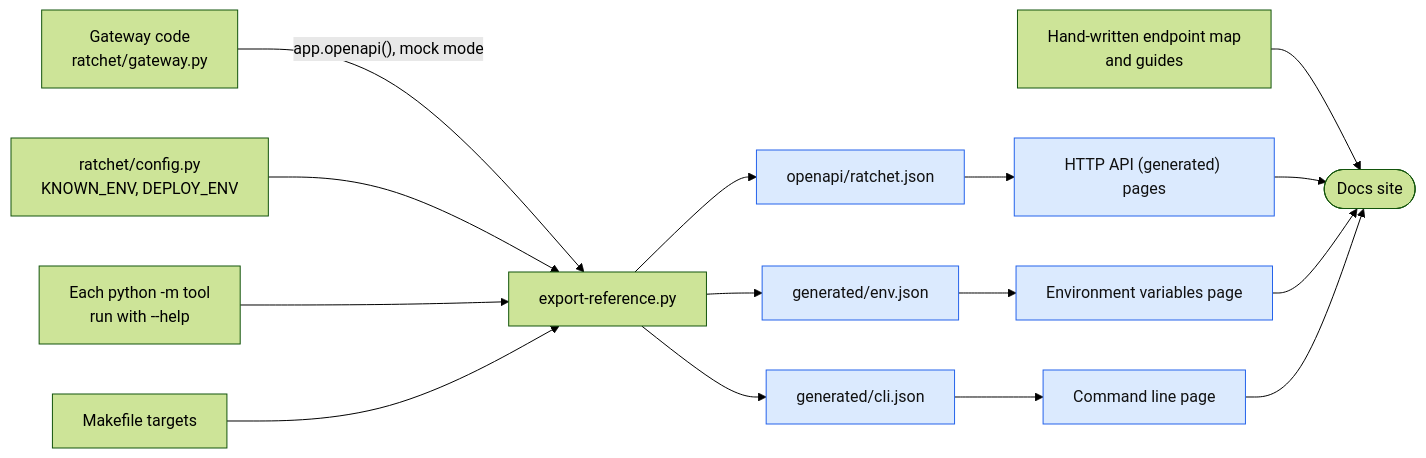
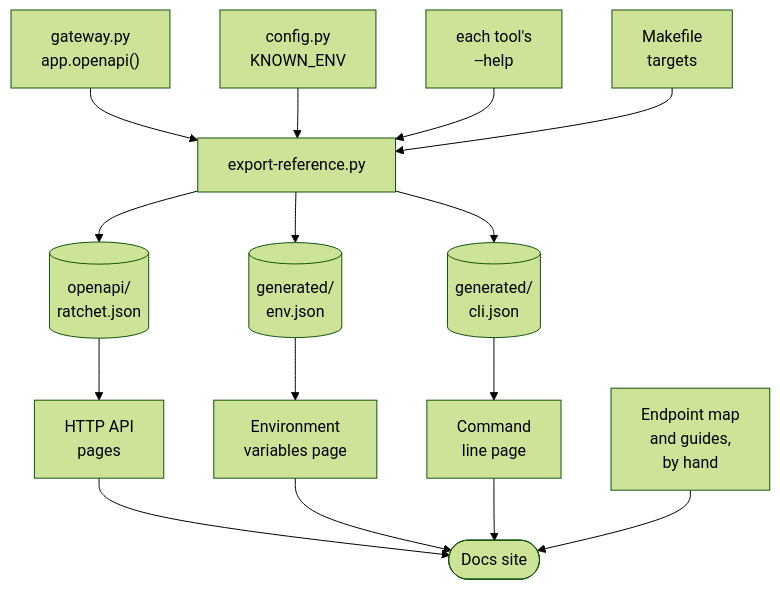
Before and after one commit to harshbhx/ratchet: the fourth of 4 diagrams in docs-site/src/content/docs/api/endpoints.mdx, drawn with Mermaid (forest theme). The commit also changed other lines of this file and 25 other files, not shown here.

First line of the commit message:
Docs: polished story pages, guides and API pages (#15)

````diff
--- a/docs-site/src/content/docs/api/endpoints.mdx
+++ b/docs-site/src/content/docs/api/endpoints.mdx
@@ -362,19 +374,21 @@
 ```mermaid
-flowchart LR
-    code["Gateway code<br/>ratchet/gateway.py"] -->|"app.openapi(), mock mode"| script["export-reference.py"]
-    cfg["ratchet/config.py<br/>KNOWN_ENV, DEPLOY_ENV"] --> script
-    cli["Each python -m tool<br/>run with --help"] --> script
-    mk["Makefile targets"] --> script
-    script --> o["openapi/ratchet.json"]
-    script --> e["generated/env.json"]
-    script --> c["generated/cli.json"]
-    o --> h["HTTP API (generated) pages"]
-    e --> ep["Environment variables page"]
-    c --> cp["Command line page"]
-    hand["Hand-written endpoint map<br/>and guides"] --> site(["Docs site"])
-    h --> site
-    ep --> site
-    cp --> site
-    classDef gen fill:#dbeafe,stroke:#2563eb,color:#111
-    class o,e,c,h,ep,cp gen
+flowchart TB
+  code["gateway.py<br/>app.openapi()"] --> script
+  cfg["config.py<br/>KNOWN_ENV"] --> script
+  cli["each tool's<br/>--help"] --> script
+  mk["Makefile<br/>targets"] --> script
+  script["export-reference.py"] --> o[("openapi/<br/>ratchet.json")]
+  script --> e[("generated/<br/>env.json")]
+  script --> c[("generated/<br/>cli.json")]
+  o --> h["HTTP API<br/>pages"]
+  e --> ep["Environment<br/>variables page"]
+  c --> cp["Command<br/>line page"]
+  h --> site(["Docs site"])
+  ep --> site
+  cp --> site
+  hand["Endpoint map<br/>and guides,<br/>by hand"] --> site
+
+  class script gate
+  class o,e,c store
+  class hand outline
 ```
````
